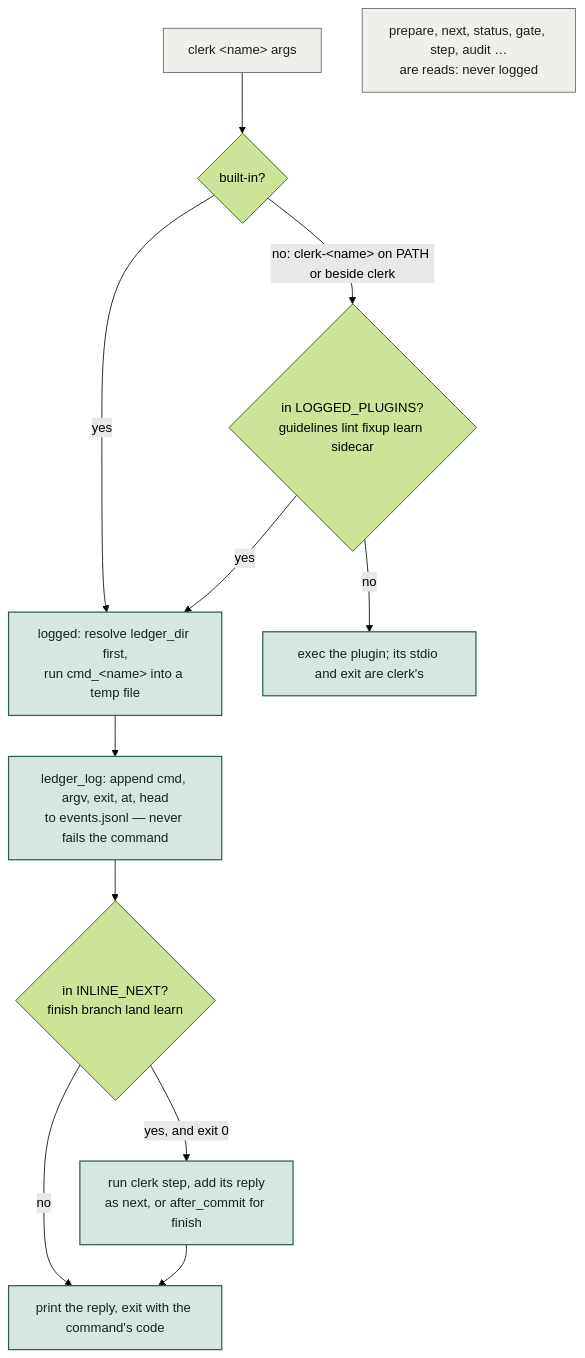
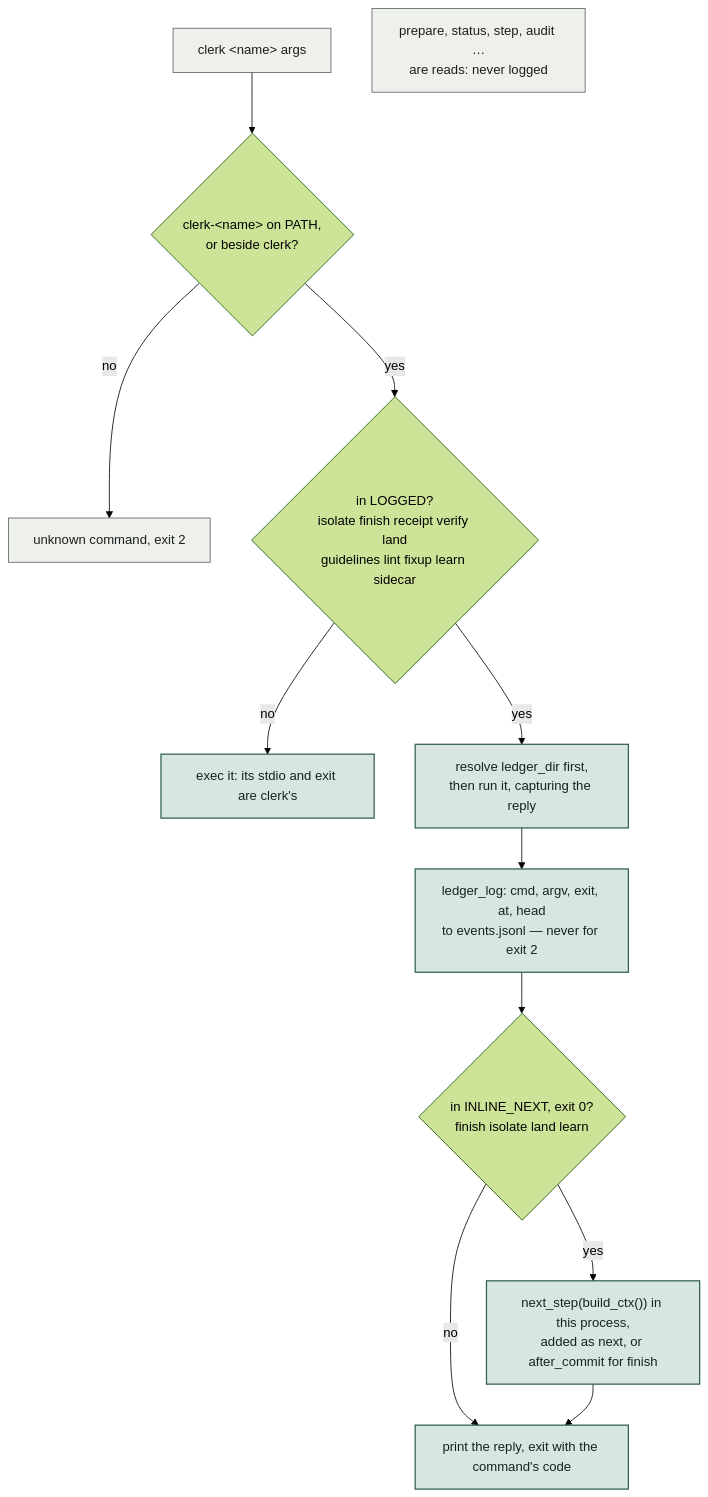
Before and after one commit to hpcsc/dotfiles: the fifth of 7 diagrams in docs/clerk-structure.md, drawn with Mermaid (forest theme). The commit also changed other lines of this file and 2 other files, not shown here.

First line of the commit message:
Describe clerk as it is now in the docs and diagrams

````diff
--- a/docs/clerk-structure.md
+++ b/docs/clerk-structure.md
@@ -183,18 +190,18 @@
 ```mermaid
 flowchart TD
-  cmd["clerk &lt;name&gt; args"]:::plain --> builtin{"built-in?"}
-  builtin -->|"yes"| logged["logged: resolve ledger_dir first,<br/>run cmd_&lt;name&gt; into a temp file"]:::clerk
-  builtin -->|"no: clerk-&lt;name&gt; on PATH or beside clerk"| lp{"in LOGGED_PLUGINS?<br/>guidelines lint fixup learn sidecar"}
-  lp -->|"yes"| logged
-  lp -->|"no"| exec["exec the plugin; its stdio and exit are clerk's"]:::clerk
-  logged --> log["ledger_log: append cmd, argv, exit, at, head<br/>to events.jsonl — never fails the command"]:::clerk
-  log --> nxt{"in INLINE_NEXT?<br/>finish branch land learn"}
-  nxt -->|"yes, and exit 0"| embed["run clerk step, add its reply<br/>as next, or after_commit for finish"]:::clerk
+  cmd["clerk &lt;name&gt; args"]:::plain --> found{"clerk-&lt;name&gt; on PATH,<br/>or beside clerk?"}
+  found -->|"no"| unknown["unknown command, exit 2"]:::plain
+  found -->|"yes"| lg{"in LOGGED?<br/>isolate finish receipt verify land<br/>guidelines lint fixup learn sidecar"}
+  lg -->|"no"| exec["exec it: its stdio and exit are clerk's"]:::clerk
+  lg -->|"yes"| runit["resolve ledger_dir first,<br/>then run it, capturing the reply"]:::clerk
+  runit --> log["ledger_log: cmd, argv, exit, at, head<br/>to events.jsonl — never for exit 2"]:::clerk
+  log --> nxt{"in INLINE_NEXT, exit 0?<br/>finish isolate land learn"}
+  nxt -->|"yes"| embed["next_step(build_ctx()) in this process,<br/>added as next, or after_commit for finish"]:::clerk
   nxt -->|"no"| out["print the reply, exit with the command's code"]:::clerk
   embed --> out
-  prepare["prepare, next, status, gate, step, audit …<br/>are reads: never logged"]:::plain
+  reads["prepare, status, step, audit …<br/>are reads: never logged"]:::plain
   classDef clerk fill:#D8E6E0,stroke:#2F5D50,stroke-width:1.5px,color:#132520
   classDef you fill:#F2DFD3,stroke:#A8501E,stroke-width:1.5px,color:#3A1A08
   classDef plain fill:#EEF0EC,stroke:#5C645F,stroke-width:1px,color:#1B1F1D
   classDef file fill:#FFFFFF,stroke:#9AA39D,stroke-width:1px,color:#1B1F1D
 ```
````
